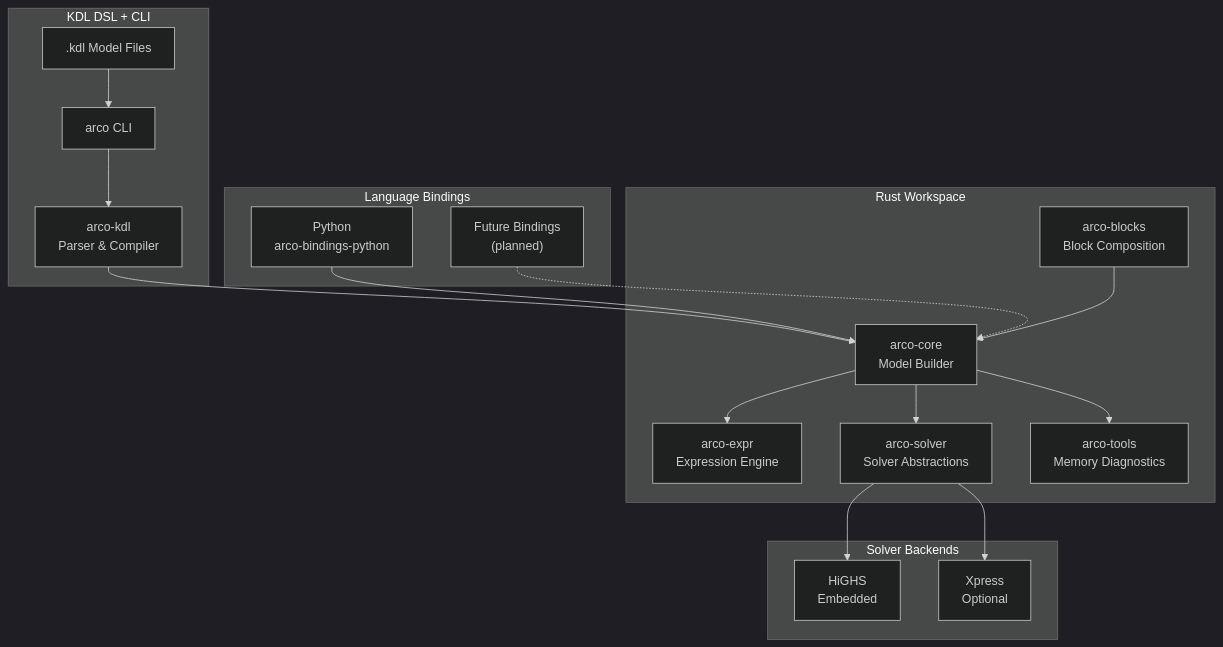
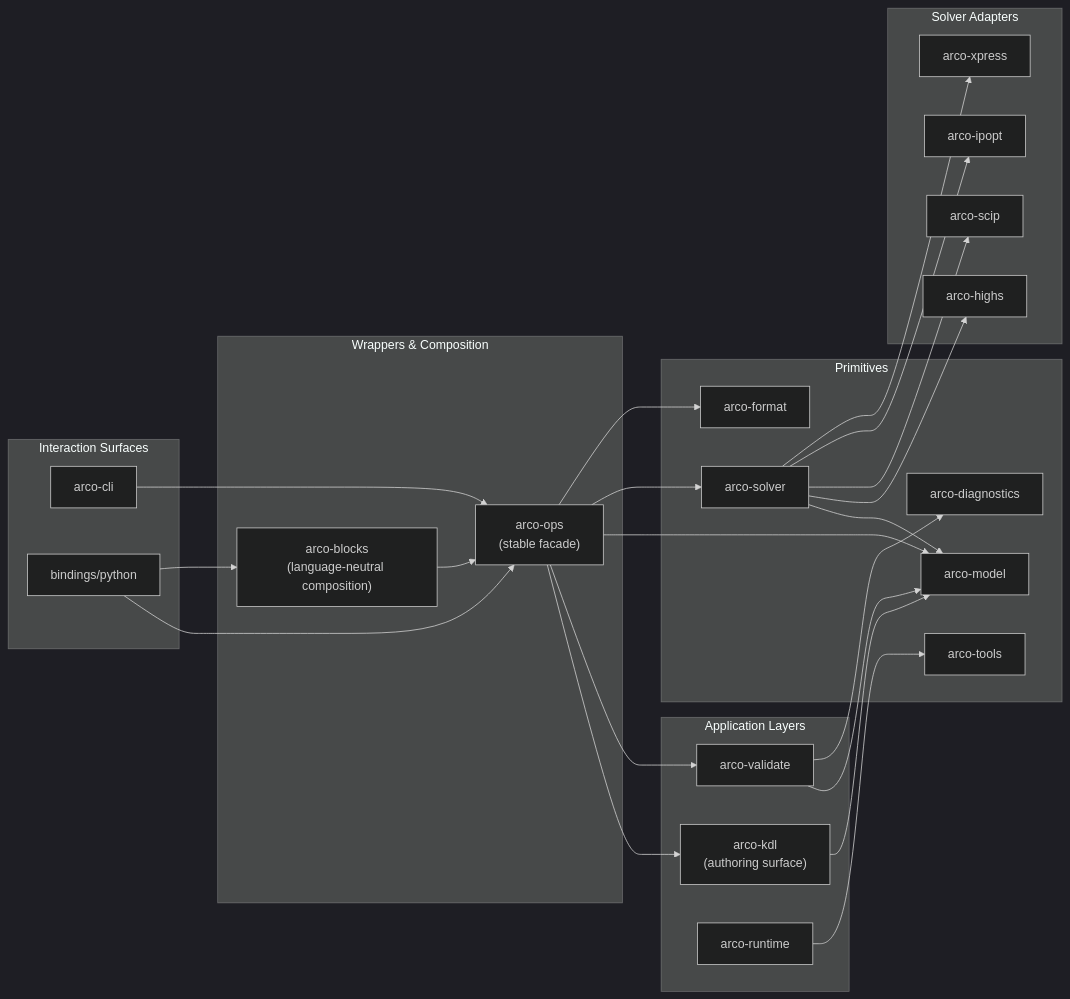
Before and after one commit to NatLabRockies/arco: the diagram in README.md, drawn with Mermaid (dark theme). The commit also changed other lines of this file and 277 other files, not shown here.

First line of the commit message:
feat: implement solver registry architecture core (#225)

````diff
--- a/README.md
+++ b/README.md
@@ -467,38 +469,55 @@
 ```mermaid
-graph TB
-    subgraph DSL["KDL DSL + CLI"]
-        A[".kdl Model Files"]
-        B["arco CLI"]
-        C[arco-kdl<br/>Parser & Compiler]
+graph LR
+    subgraph Surfaces["Interaction Surfaces"]
+        CLI["arco-cli"]
+        PY["bindings/python"]
     end
 
-    subgraph Bindings["Language Bindings"]
-        D[Python<br/>arco-bindings-python]
-        E["Future Bindings<br/>(planned)"]
+    subgraph Wrappers["Wrappers & Composition"]
+        OPS["arco-ops\n(stable facade)"]
+        BLOCKS["arco-blocks\n(language-neutral composition)"]
     end
 
-    subgraph Core["Rust Workspace"]
-        F[arco-core<br/>Model Builder]
-        G[arco-expr<br/>Expression Engine]
-        H[arco-solver<br/>Solver Abstractions]
-        I[arco-blocks<br/>Block Composition]
-        J[arco-tools<br/>Memory Diagnostics]
+    subgraph App["Application Layers"]
+        KDL["arco-kdl\n(authoring surface)"]
+        VALIDATE["arco-validate"]
+        RUNTIME["arco-runtime"]
     end
 
-    subgraph Solvers["Solver Backends"]
-        K[HiGHS<br/>Embedded]
-        L[Xpress<br/>Optional]
+    subgraph Primitives["Primitives"]
+        MODEL["arco-model"]
+        SOLVER["arco-solver"]
+        FORMAT["arco-format"]
+        DIAG["arco-diagnostics"]
+        TOOLS["arco-tools"]
     end
 
-    A --> B
-    B --> C
-    C --> F
-    D --> F
-    E -.-> F
-    F --> G
-    F --> J
-    H --> K
-    H --> L
-    F --> H
-    I --> F
+    subgraph Adapters["Solver Adapters"]
+        HIGHS["arco-highs"]
+        SCIP["arco-scip"]
+        IPOPT["arco-ipopt"]
+        XPRESS["arco-xpress"]
+    end
+
+    CLI --> OPS
+    PY --> OPS
+    PY --> BLOCKS
+    BLOCKS --> OPS
+
+    OPS --> KDL
+    OPS --> VALIDATE
+    OPS --> MODEL
+    OPS --> SOLVER
+    OPS --> FORMAT
+
+    KDL --> MODEL
+    VALIDATE --> MODEL
+    VALIDATE --> DIAG
+    RUNTIME --> TOOLS
+
+    SOLVER --> MODEL
+    SOLVER --> HIGHS
+    SOLVER --> SCIP
+    SOLVER --> IPOPT
+    SOLVER --> XPRESS
 ```
````
